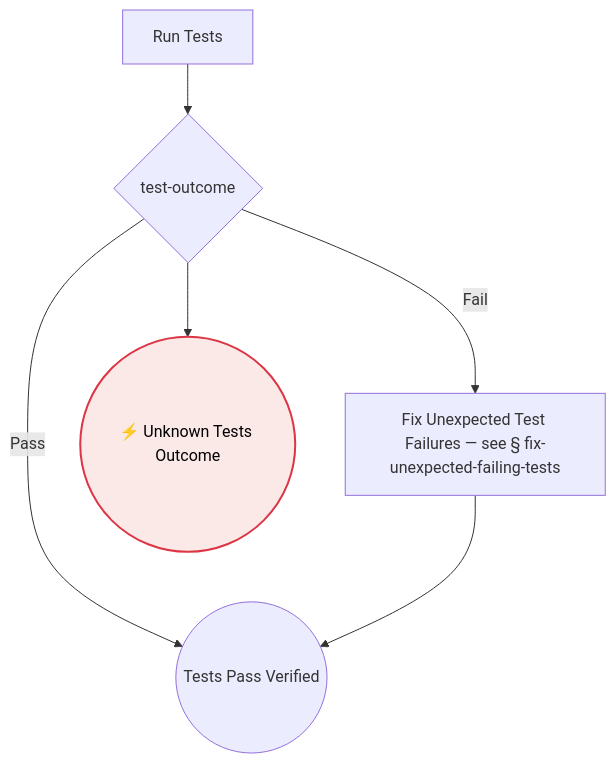
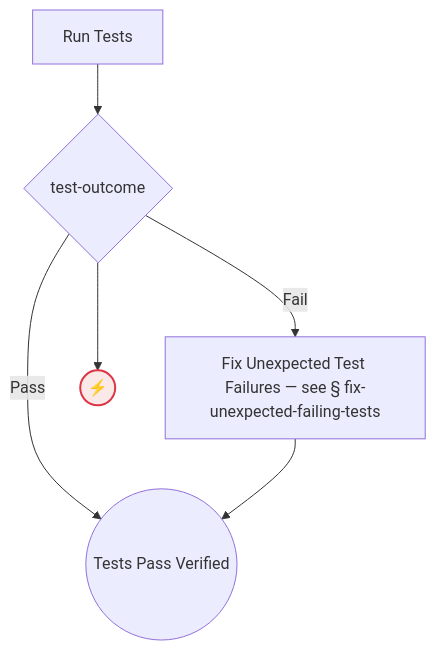
One commit to optivem/gh-optivem changed diagram 23 of 53 in docs/process-diagram.md. Above: the diagram before and after it, drawn with Mermaid. The commit also changed other lines of this file and 1 other file, not shown here.

First line of the commit message:
atdd: shrink event circles in process diagrams

````diff
--- a/docs/process-diagram.md
+++ b/docs/process-diagram.md
@@ -444,17 +446,17 @@
 ```mermaid
 flowchart TD
     FIX_UNEXPECTED_FAILING_TESTS[Fix Unexpected Test Failures — see § fix-unexpected-failing-tests]
     GATE_TESTS_OUTCOME{test-outcome}
     RUN_TESTS[Run Tests]
-    UNKNOWN_TESTS_OUTCOME((⚡ Unknown Tests Outcome))
+    UNKNOWN_TESTS_OUTCOME((⚡))
     VERIFY_PASS_END((Tests Pass Verified))
 
     RUN_TESTS --> GATE_TESTS_OUTCOME
     GATE_TESTS_OUTCOME -- Pass --> VERIFY_PASS_END
     GATE_TESTS_OUTCOME -- Fail --> FIX_UNEXPECTED_FAILING_TESTS
     GATE_TESTS_OUTCOME --> UNKNOWN_TESTS_OUTCOME
     FIX_UNEXPECTED_FAILING_TESTS --> VERIFY_PASS_END
 
     classDef errorEndNode fill:#fbe9e7,stroke:#dc3545,stroke-width:2px,color:#000000
     class UNKNOWN_TESTS_OUTCOME errorEndNode
 ```
````
